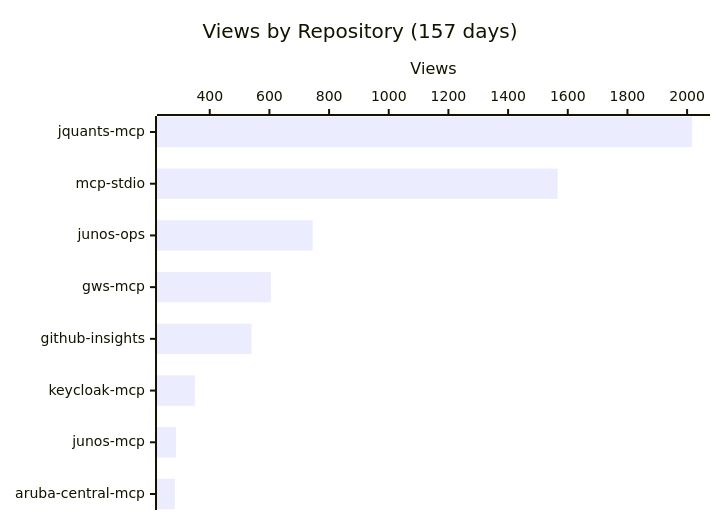
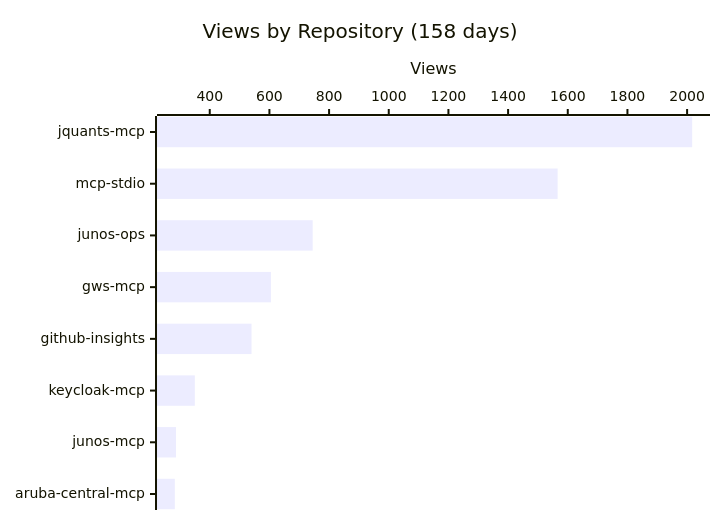
One commit to shigechika/github-insights changed the first of 4 diagrams in README.md. Above: the diagram before and after it, drawn with Mermaid. The commit also changed other lines of this file and 2 other files, not shown here.

````diff
--- a/README.md
+++ b/README.md
@@ -18,7 +18,7 @@
 ```mermaid
 xychart-beta horizontal
-    title "Views by Repository (157 days)"
+    title "Views by Repository (158 days)"
     x-axis ["jquants-mcp", "mcp-stdio", "junos-ops", "gws-mcp", "github-insights", "keycloak-mcp", "junos-mcp", "aruba-central-mcp"]
     y-axis "Views"
     bar [2017, 1566, 745, 605, 540, 350, 287, 283]
 ```
````
